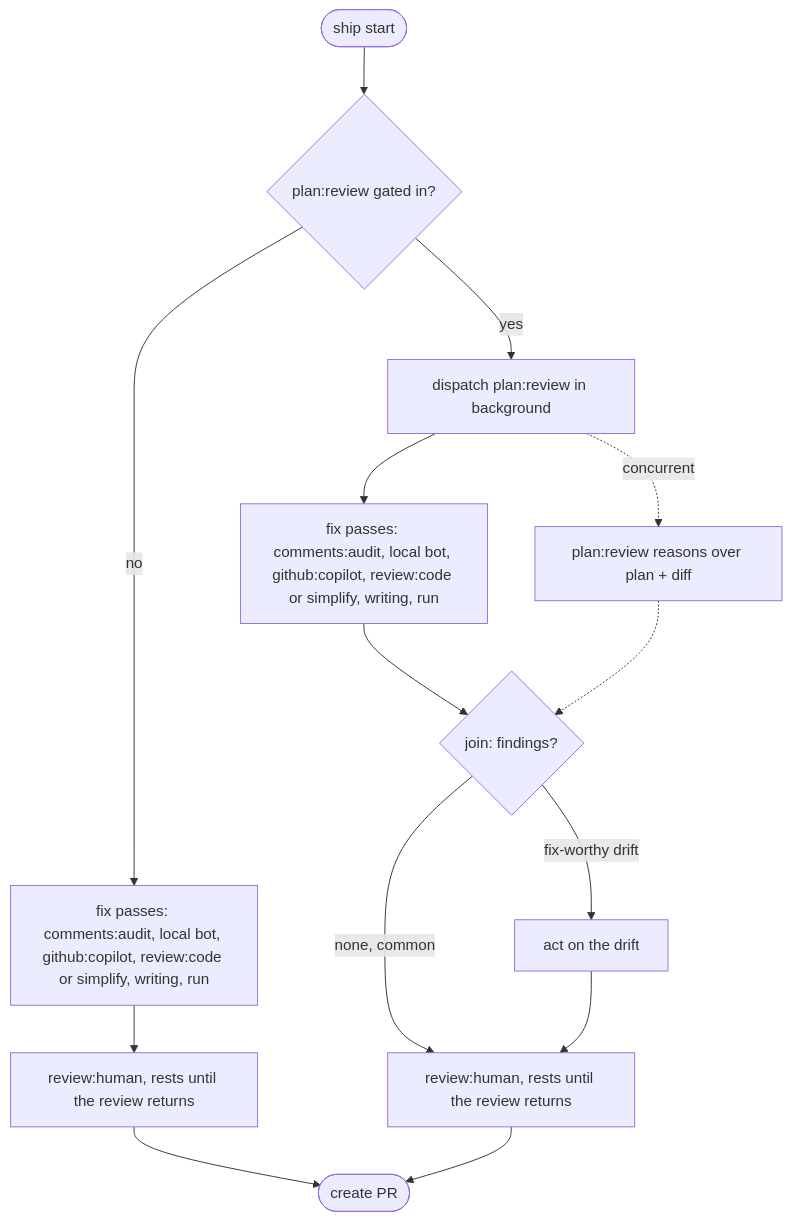
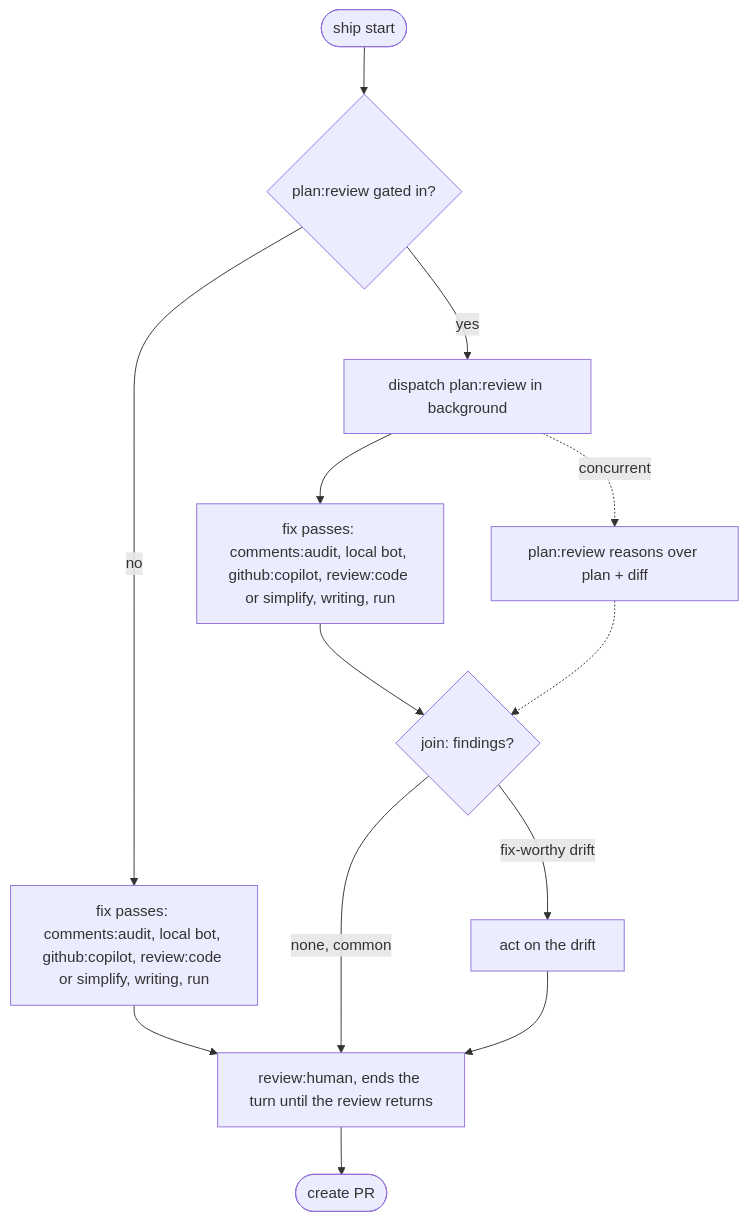
Before and after one commit to bendrucker/claude: the diagram in user/skills/ship/references/passes.md, drawn with Mermaid. The commit also changed other lines of this file and 5 other files, not shown here.

First line of the commit message:
review: tighten the human-review wiring after the writing pass

````diff
--- a/user/skills/ship/references/passes.md
+++ b/user/skills/ship/references/passes.md
@@ -69,16 +69,15 @@
 ```mermaid
 flowchart TD
     S([ship start]) --> G{plan:review gated in?}
     G -->|no| F1[fix passes: comments:audit, local bot, github:copilot, review:code or simplify, writing, run]
-    F1 --> H[review:human, rests until the review returns]
+    F1 --> H[review:human, ends the turn until the review returns]
     H --> C([create PR])
     G -->|yes| D[dispatch plan:review in background]
     D --> F2[fix passes: comments:audit, local bot, github:copilot, review:code or simplify, writing, run]
     D -. concurrent .-> R[plan:review reasons over plan + diff]
     F2 --> J{join: findings?}
     R -.-> J
     J -->|fix-worthy drift| A[act on the drift]
-    J -->|none, common| H2[review:human, rests until the review returns]
-    A --> H2
-    H2 --> C
+    J -->|none, common| H
+    A --> H
 ```
````
